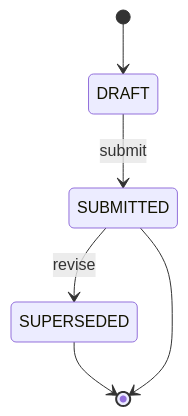
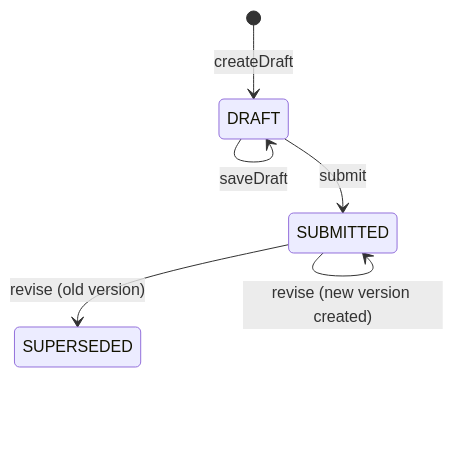
The second of 3 diagrams in docs/02-ddd/state-machine.md (tsengeagle/quality-inspection), drawn with Mermaid before and after one commit. The commit also changed other lines of this file and 19 other files, not shown here.

````diff
--- a/docs/02-ddd/state-machine.md
+++ b/docs/02-ddd/state-machine.md
@@ -239,8 +175,8 @@
 ```mermaid
 stateDiagram-v2
-    [*] --> DRAFT
-    DRAFT --> SUBMITTED: submit
-    SUBMITTED --> SUPERSEDED: revise
-    SUPERSEDED --> [*]
-    SUBMITTED --> [*]
+  [*] --> DRAFT: createDraft
+  DRAFT --> DRAFT: saveDraft
+  DRAFT --> SUBMITTED: submit
+  SUBMITTED --> SUPERSEDED: revise (old version)
+  SUBMITTED --> SUBMITTED: revise (new version created)
 ```
````
